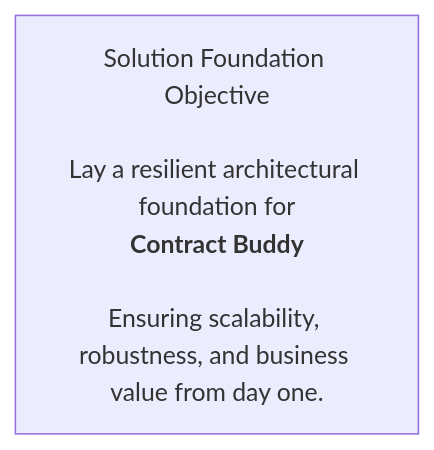
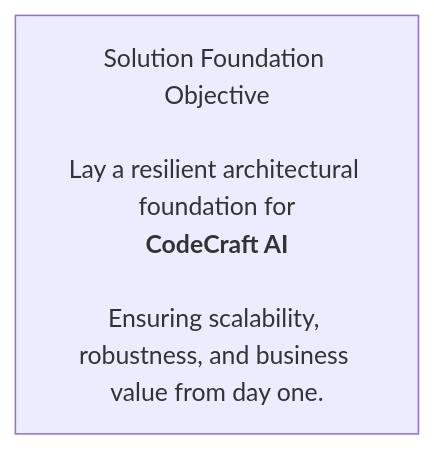
One commit to Dee66/contract-buddy changed the diagram in docs/foundation/Objective.md. Above: the diagram before and after it, drawn with Mermaid. The commit also changed other lines of this file and 58 other files, not shown here.

````diff
--- a/docs/foundation/Objective.md
+++ b/docs/foundation/Objective.md
@@ -17,4 +17,4 @@
 ```mermaid
 flowchart TD
-    A["Solution Foundation Objective<br/><br/>Lay a resilient architectural foundation for<br/><b>Contract Buddy</b><br/><br/>Ensuring scalability, robustness, and business value from day one."]
+    A["Solution Foundation Objective<br/><br/>Lay a resilient architectural foundation for<br/><b>CodeCraft AI</b><br/><br/>Ensuring scalability, robustness, and business value from day one."]
 ```
````
